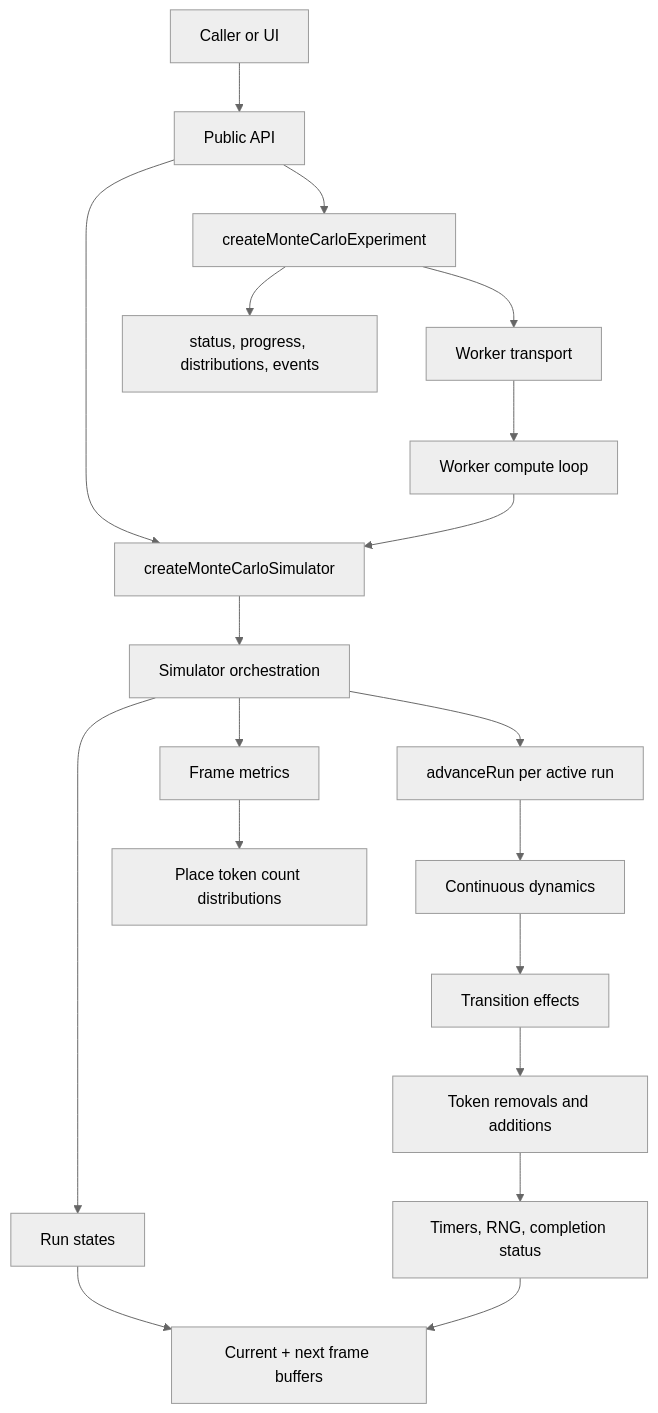
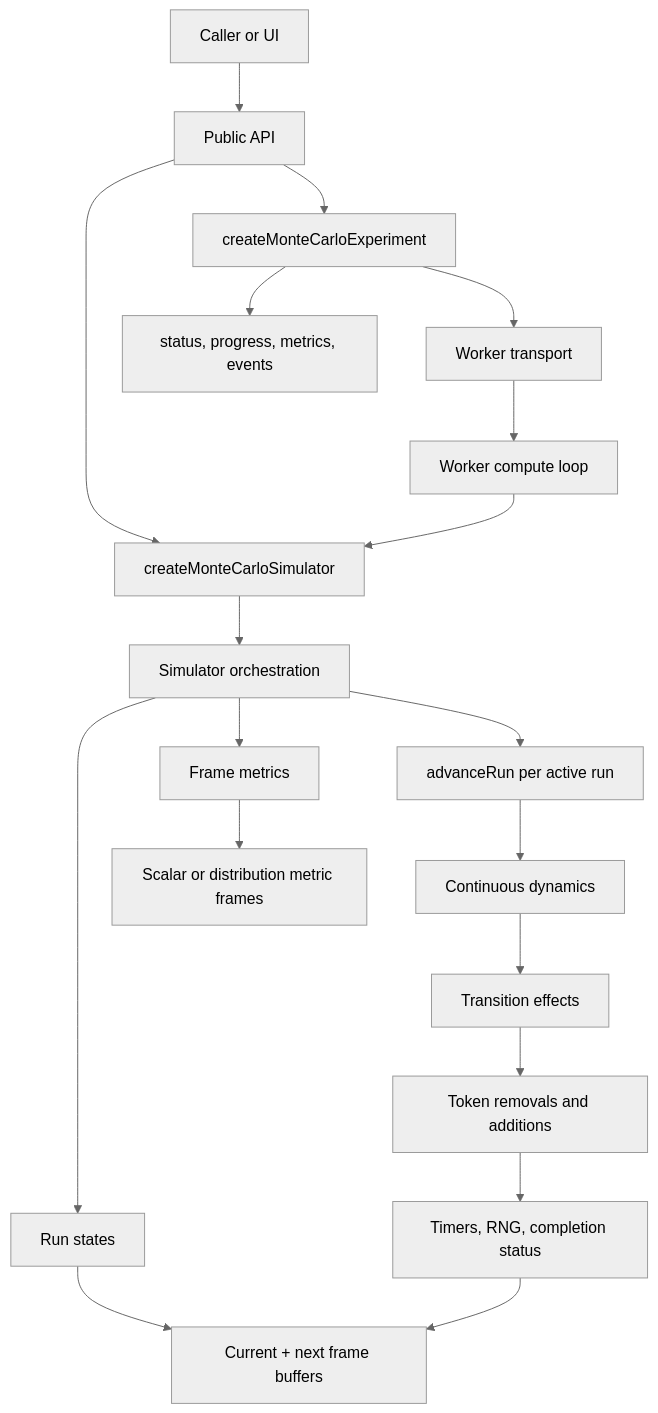
One commit to hashintel/hash changed the second of 2 diagrams in libs/@hashintel/petrinaut-core/src/simulation/monte-carlo/ARCHITECTURE.md. Above: the diagram before and after it, drawn with Mermaid (neutral theme). The commit also changed other lines of this file and 22 other files, not shown here.

````diff
--- a/libs/@hashintel/petrinaut-core/src/simulation/monte-carlo/ARCHITECTURE.md
+++ b/libs/@hashintel/petrinaut-core/src/simulation/monte-carlo/ARCHITECTURE.md
@@ -65,26 +66,26 @@
 ```mermaid
 flowchart TB
   Caller["Caller or UI"] --> PublicAPI["Public API"]
   PublicAPI --> Direct["createMonteCarloSimulator"]
   PublicAPI --> ExperimentHandle["createMonteCarloExperiment"]
 
   ExperimentHandle --> WorkerTransport["Worker transport"]
   WorkerTransport --> WorkerLoop["Worker compute loop"]
   WorkerLoop --> Direct
 
   Direct --> Orchestrator["Simulator orchestration"]
   Orchestrator --> Runs["Run states"]
   Runs --> Frames["Current + next frame buffers"]
 
   Orchestrator --> Step["advanceRun per active run"]
   Step --> Dynamics["Continuous dynamics"]
   Dynamics --> Effects["Transition effects"]
   Effects --> Tokens["Token removals and additions"]
   Tokens --> Timers["Timers, RNG, completion status"]
   Timers --> Frames
 
   Orchestrator --> Metrics["Frame metrics"]
-  Metrics --> Distributions["Place token count distributions"]
+  Metrics --> MetricFrames["Scalar or distribution metric frames"]
 
-  ExperimentHandle --> Stores["status, progress, distributions, events"]
+  ExperimentHandle --> Stores["status, progress, metrics, events"]
 ```
````
